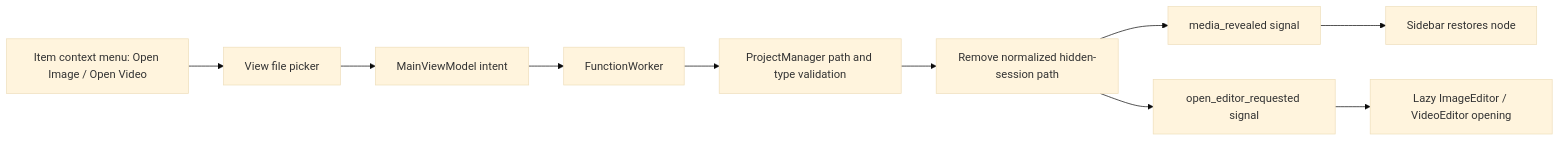
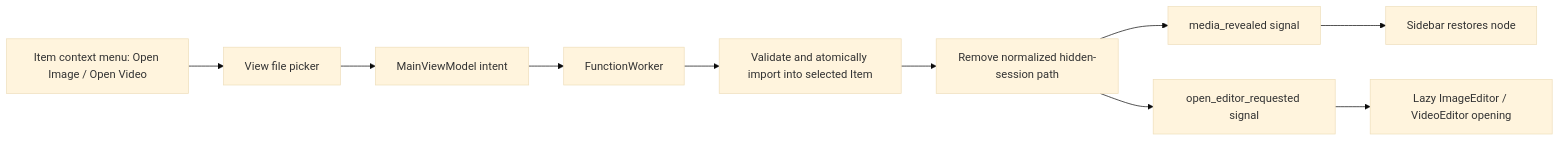
Before and after one commit to NguyenHien-8/TNH_Optima: the fifth of 5 diagrams in README.md, drawn with Mermaid (base theme). The commit also changed other lines of this file and 16 other files, not shown here.

````diff
--- a/README.md
+++ b/README.md
@@ -466,12 +467,12 @@
 ```mermaid
 flowchart LR
     A["Item context menu: Open Image / Open Video"] --> B["View file picker"]
     B --> C["MainViewModel intent"]
     C --> D["FunctionWorker"]
-    D --> E["ProjectManager path and type validation"]
+    D --> E["Validate and atomically import into selected Item"]
     E --> F["Remove normalized hidden-session path"]
     F --> G["media_revealed signal"]
     G --> H["Sidebar restores node"]
     F --> I["open_editor_requested signal"]
     I --> J["Lazy ImageEditor / VideoEditor opening"]
 ```
````
